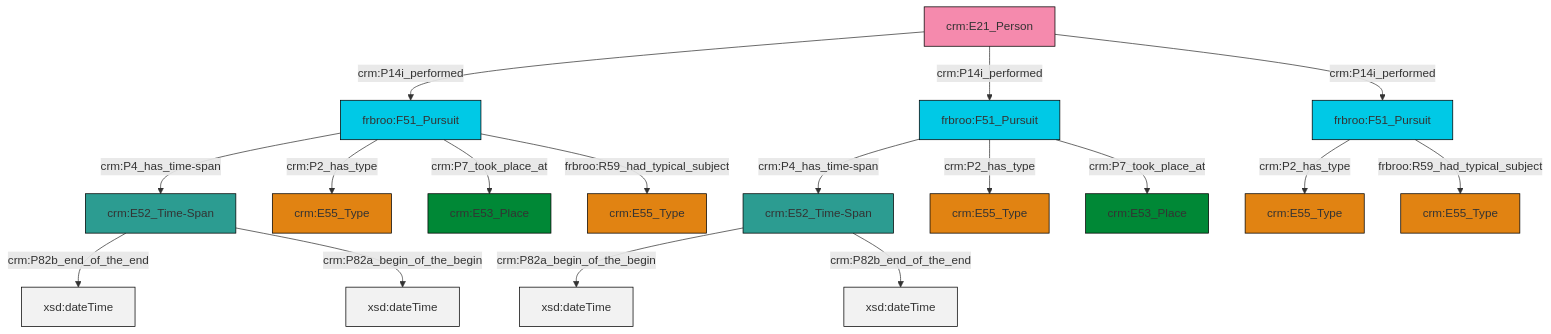
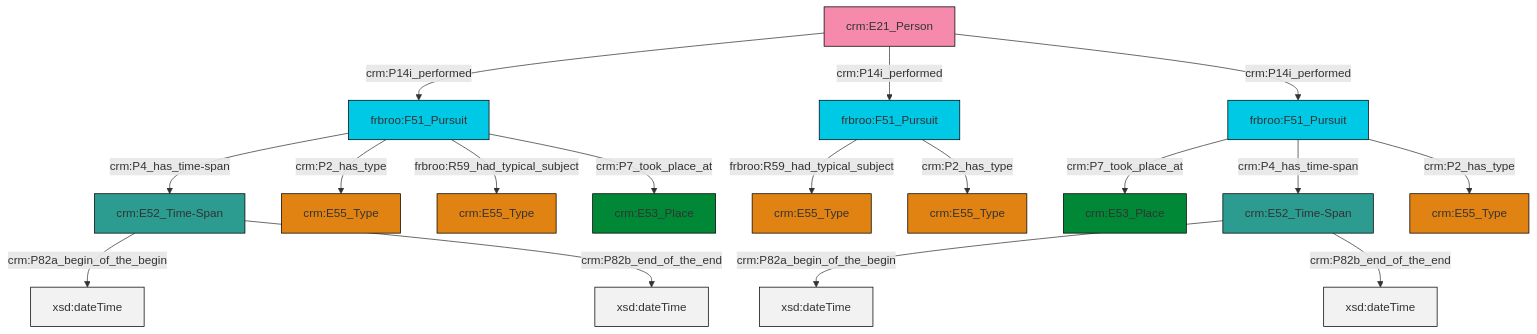
One commit to swiss-art-research-net/reference-data-models changed the diagram in et/personCSV/ttl/mmd/Person_Event.ttl.mmd. Above: the diagram before and after it, drawn with Mermaid. The commit also changed 121 other files, not shown here.

```diff
--- a/et/personCSV/ttl/mmd/Person_Event.ttl.mmd
+++ b/et/personCSV/ttl/mmd/Person_Event.ttl.mmd
@@ -1,31 +1,31 @@
 graph TD
 classDef Literal fill:#f2f2f2,stroke:#000000;
 classDef CRM_Entity fill:#FFFFFF,stroke:#000000;
 classDef Temporal_Entity fill:#00C9E6, stroke:#000000;
 classDef Type fill:#E18312, stroke:#000000;
 classDef Time-Span fill:#2C9C91, stroke:#000000;
 classDef Appellation fill:#FFEB7F, stroke:#000000;
 classDef Place fill:#008836, stroke:#000000;
 classDef Persistent_Item fill:#B266B2, stroke:#000000;
 classDef Conceptual_Object fill:#FFD700, stroke:#000000;
 classDef Physical_Thing fill:#D2B48C, stroke:#000000;
 classDef Actor fill:#f58aad, stroke:#000000;
 classDef PC_Classes fill:#4ce600, stroke:#000000;
 classDef Multi fill:#cccccc,stroke:#000000;
 
-0["crm:E52_Time-Span"]:::Time-Span -->|crm:P82a_begin_of_the_begin| 1[xsd:dateTime]:::Literal
-4["frbroo:F51_Pursuit"]:::Temporal_Entity -->|crm:P4_has_time-span| 5["crm:E52_Time-Span"]:::Time-Span
-4["frbroo:F51_Pursuit"]:::Temporal_Entity -->|crm:P2_has_type| 7["crm:E55_Type"]:::Type
-4["frbroo:F51_Pursuit"]:::Temporal_Entity -->|crm:P7_took_place_at| 8["crm:E53_Place"]:::Place
-4["frbroo:F51_Pursuit"]:::Temporal_Entity -->|frbroo:R59_had_typical_subject| 2["crm:E55_Type"]:::Type
-14["crm:E21_Person"]:::Actor -->|crm:P14i_performed| 4["frbroo:F51_Pursuit"]:::Temporal_Entity
-15["frbroo:F51_Pursuit"]:::Temporal_Entity -->|crm:P2_has_type| 16["crm:E55_Type"]:::Type
-0["crm:E52_Time-Span"]:::Time-Span -->|crm:P82b_end_of_the_end| 18[xsd:dateTime]:::Literal
-20["frbroo:F51_Pursuit"]:::Temporal_Entity -->|crm:P4_has_time-span| 0["crm:E52_Time-Span"]:::Time-Span
-20["frbroo:F51_Pursuit"]:::Temporal_Entity -->|crm:P2_has_type| 21["crm:E55_Type"]:::Type
-14["crm:E21_Person"]:::Actor -->|crm:P14i_performed| 20["frbroo:F51_Pursuit"]:::Temporal_Entity
-14["crm:E21_Person"]:::Actor -->|crm:P14i_performed| 15["frbroo:F51_Pursuit"]:::Temporal_Entity
-5["crm:E52_Time-Span"]:::Time-Span -->|crm:P82b_end_of_the_end| 24[xsd:dateTime]:::Literal
-15["frbroo:F51_Pursuit"]:::Temporal_Entity -->|frbroo:R59_had_typical_subject| 28["crm:E55_Type"]:::Type
-20["frbroo:F51_Pursuit"]:::Temporal_Entity -->|crm:P7_took_place_at| 12["crm:E53_Place"]:::Place
-5["crm:E52_Time-Span"]:::Time-Span -->|crm:P82a_begin_of_the_begin| 32[xsd:dateTime]:::Literal
+0["crm:E21_Person"]:::Actor -->|crm:P14i_performed| 1["frbroo:F51_Pursuit"]:::Temporal_Entity
+4["frbroo:F51_Pursuit"]:::Temporal_Entity -->|frbroo:R59_had_typical_subject| 5["crm:E55_Type"]:::Type
+1["frbroo:F51_Pursuit"]:::Temporal_Entity -->|crm:P4_has_time-span| 8["crm:E52_Time-Span"]:::Time-Span
+1["frbroo:F51_Pursuit"]:::Temporal_Entity -->|crm:P2_has_type| 11["crm:E55_Type"]:::Type
+8["crm:E52_Time-Span"]:::Time-Span -->|crm:P82a_begin_of_the_begin| 17[xsd:dateTime]:::Literal
+1["frbroo:F51_Pursuit"]:::Temporal_Entity -->|frbroo:R59_had_typical_subject| 18["crm:E55_Type"]:::Type
+19["frbroo:F51_Pursuit"]:::Temporal_Entity -->|crm:P7_took_place_at| 20["crm:E53_Place"]:::Place
+13["crm:E52_Time-Span"]:::Time-Span -->|crm:P82a_begin_of_the_begin| 22[xsd:dateTime]:::Literal
+13["crm:E52_Time-Span"]:::Time-Span -->|crm:P82b_end_of_the_end| 23[xsd:dateTime]:::Literal
+8["crm:E52_Time-Span"]:::Time-Span -->|crm:P82b_end_of_the_end| 24[xsd:dateTime]:::Literal
+0["crm:E21_Person"]:::Actor -->|crm:P14i_performed| 4["frbroo:F51_Pursuit"]:::Temporal_Entity
+19["frbroo:F51_Pursuit"]:::Temporal_Entity -->|crm:P4_has_time-span| 13["crm:E52_Time-Span"]:::Time-Span
+1["frbroo:F51_Pursuit"]:::Temporal_Entity -->|crm:P7_took_place_at| 15["crm:E53_Place"]:::Place
+4["frbroo:F51_Pursuit"]:::Temporal_Entity -->|crm:P2_has_type| 9["crm:E55_Type"]:::Type
+0["crm:E21_Person"]:::Actor -->|crm:P14i_performed| 19["frbroo:F51_Pursuit"]:::Temporal_Entity
+19["frbroo:F51_Pursuit"]:::Temporal_Entity -->|crm:P2_has_type| 2["crm:E55_Type"]:::Type
```
